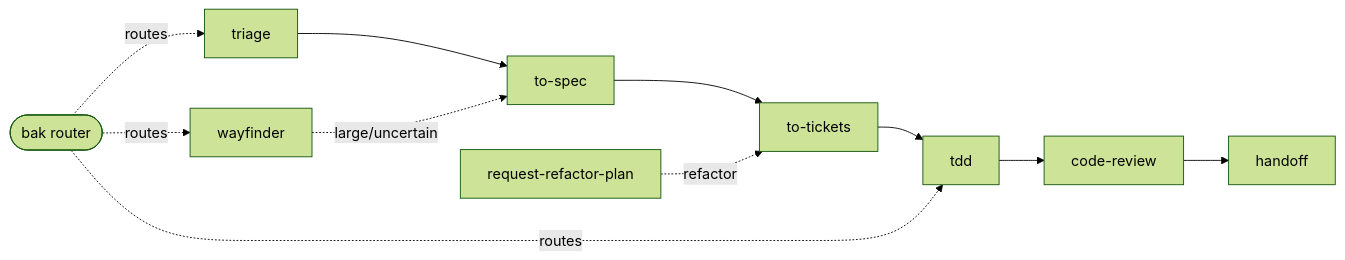
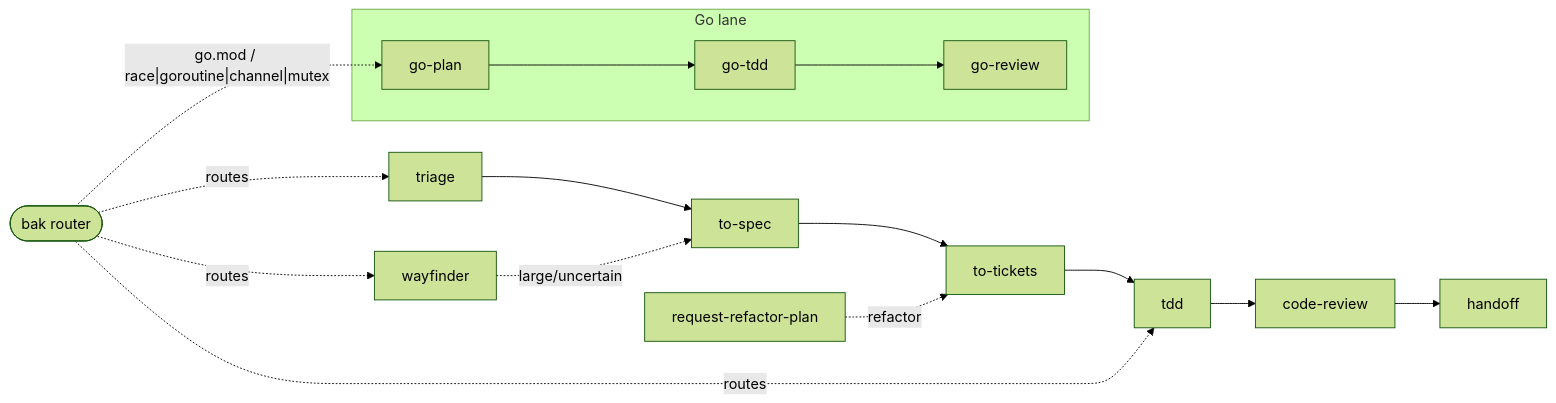
The diagram in README.md (aniqaqill/bad-agent-kit), drawn with Mermaid (forest theme) before and after one commit. The commit also changed other lines of this file and 19 other files, not shown here.

First line of the commit message:
Add go-* skill family: Go-first plan/tdd/review under BAK

````diff
--- a/README.md
+++ b/README.md
@@ -79,9 +82,13 @@
 ```mermaid
 flowchart LR
   T[triage] --> S[to-spec] --> K[to-tickets] --> D[tdd] --> R[code-review] --> H[handoff]
   W[wayfinder] -.->|large/uncertain| S
   P[request-refactor-plan] -.->|refactor| K
   bak([bak router]) -. routes .-> T
   bak -. routes .-> D
   bak -. routes .-> W
+  subgraph GO[Go lane]
+    GP[go-plan] --> GT[go-tdd] --> GR[go-review]
+  end
+  bak -. "go.mod / race|goroutine|channel|mutex" .-> GP
 ```
````
